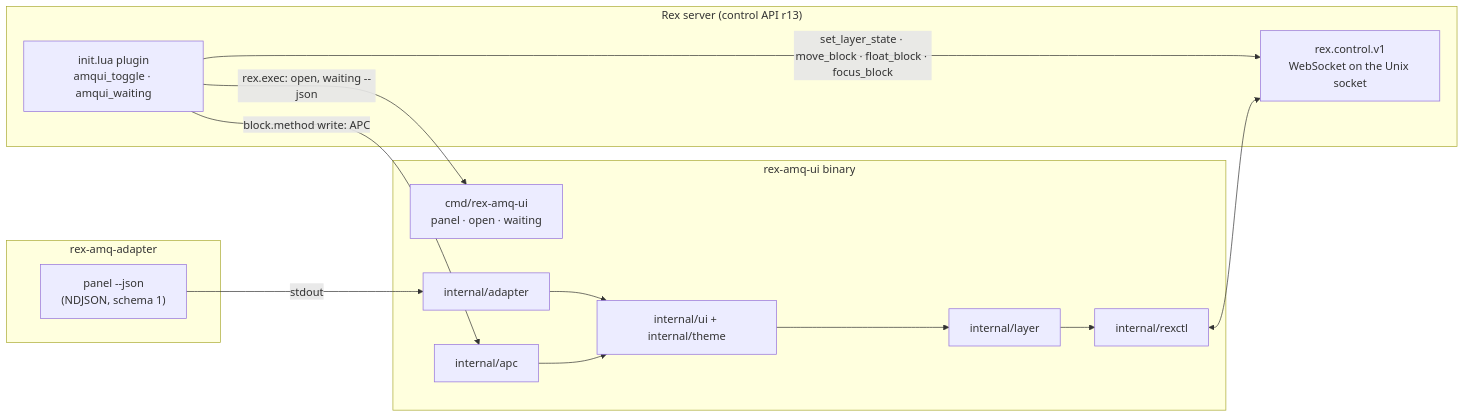
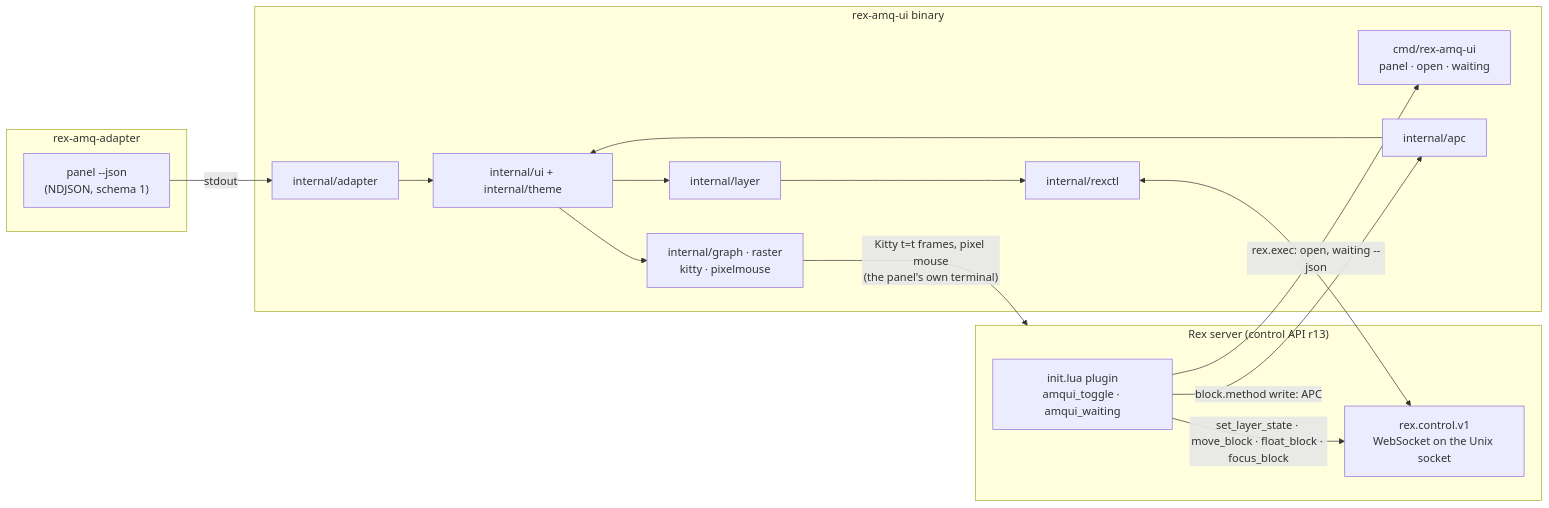
Before and after one commit to est7/rex-amq-ui: the diagram in docs/design.md, drawn with Mermaid. The commit also changed other lines of this file and 1 other file, not shown here.

Commit message:
docs: describe the Graph tab as built (s3), with what Rex has not shown yet

````diff
--- a/docs/design.md
+++ b/docs/design.md
@@ -19,25 +19,28 @@
 ```mermaid
 flowchart LR
   subgraph Adapter["rex-amq-adapter"]
     Panel["panel --json<br/>(NDJSON, schema 1)"]
   end
   subgraph Rex["Rex server (control API r13)"]
     Lua["init.lua plugin<br/>amqui_toggle · amqui_waiting"]
     API["rex.control.v1<br/>WebSocket on the Unix socket"]
   end
   subgraph Bin["rex-amq-ui binary"]
     Cmd["cmd/rex-amq-ui<br/>panel · open · waiting"]
     A["internal/adapter"]
     R["internal/rexctl"]
     L["internal/layer"]
     P["internal/apc"]
     U["internal/ui + internal/theme"]
+    G["internal/graph · raster<br/>kitty · pixelmouse"]
   end
   Panel -- stdout --> A
   A --> U
   Lua -- "rex.exec: open, waiting --json" --> Cmd
   Lua -- "block.method write: APC" --> P
   Lua -- "set_layer_state · move_block · float_block · focus_block" --> API
   P --> U
   U --> L --> R <--> API
+  U --> G
+  G -- "Kitty t=t frames, pixel mouse<br/>(the panel's own terminal)" --> Rex
 ```
````
